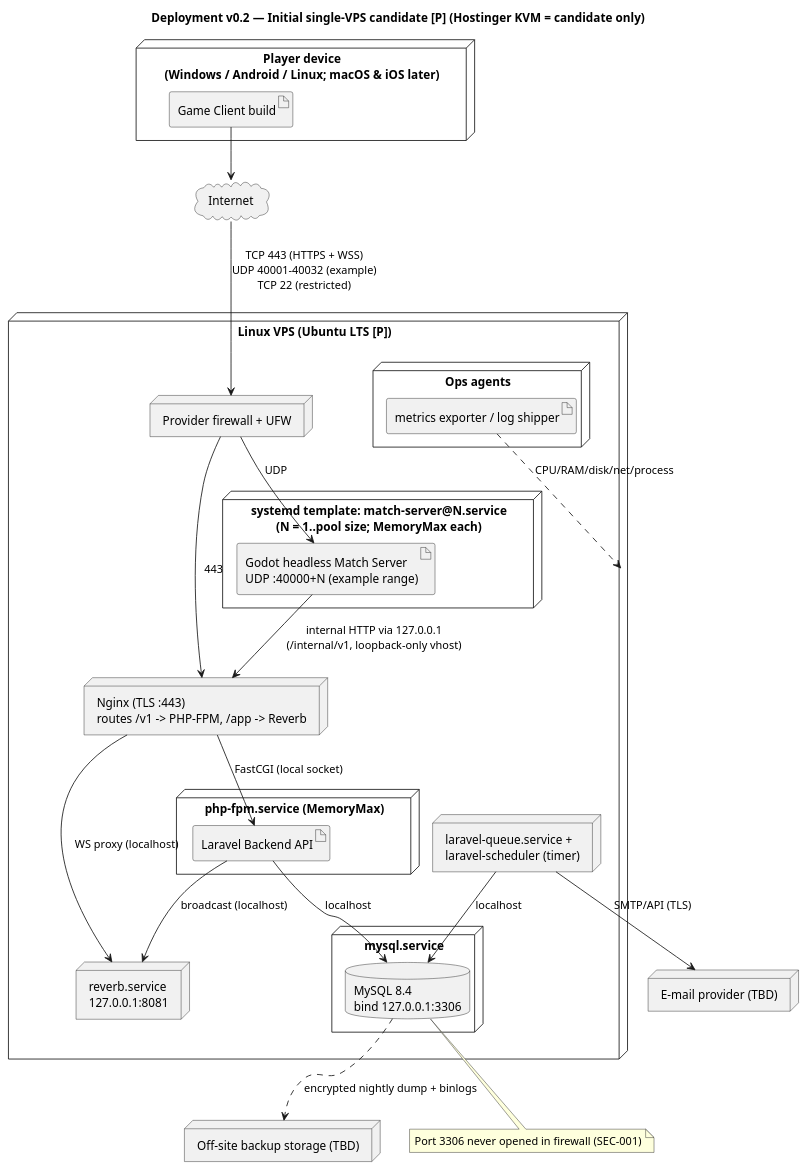
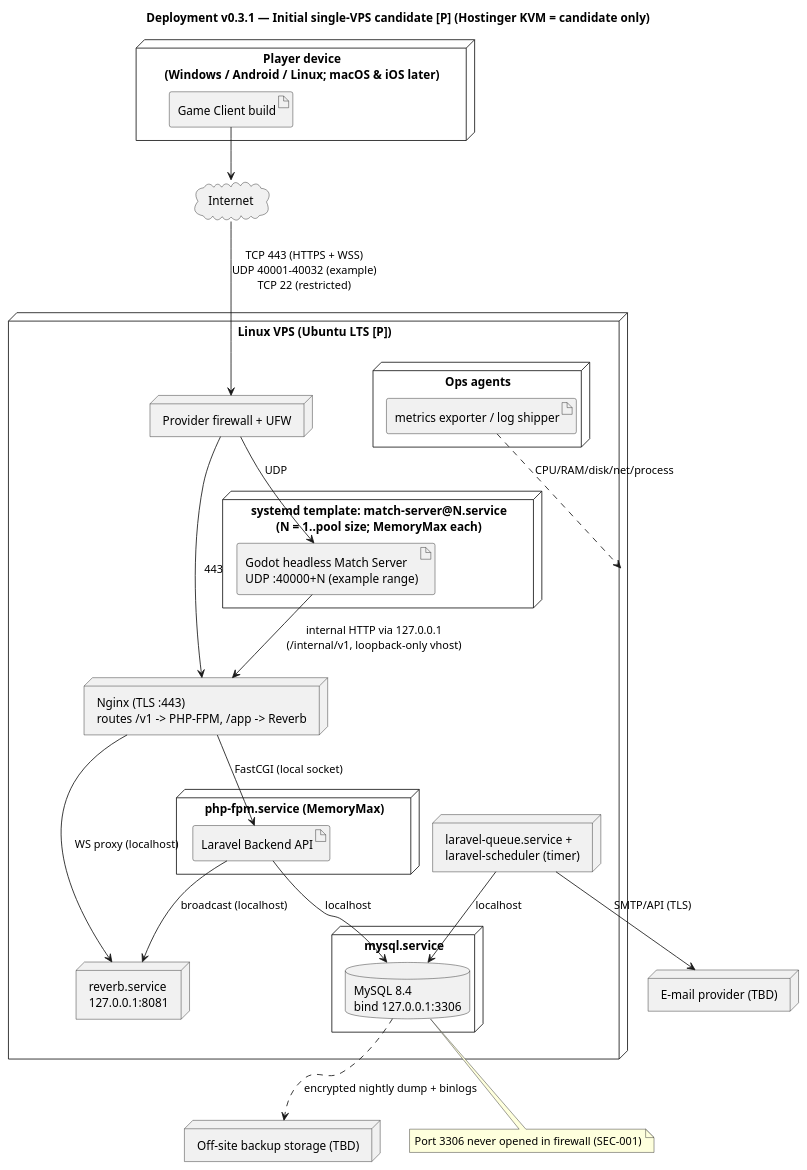
The diagram in docs/02-uml/deployment.puml (houcine212-hub/Bayblade_Sesytem), drawn with PlantUML before and after one commit. The commit also changed 55 other files, not shown here.

```diff
--- a/docs/02-uml/deployment.puml
+++ b/docs/02-uml/deployment.puml
@@ -1,42 +1,42 @@
 @startuml deployment
-title Deployment v0.2 — Initial single-VPS candidate [P] (Hostinger KVM = candidate only)
+title Deployment v0.3.1 — Initial single-VPS candidate [P] (Hostinger KVM = candidate only)
 node "Player device\n(Windows / Android / Linux; macOS & iOS later)" as DEV {
   artifact "Game Client build" as CLIENT
 }
 cloud "Internet" as NET
 node "Linux VPS (Ubuntu LTS [P])" as VPS {
   node "Provider firewall + UFW" as FW
   node "Nginx (TLS :443)\nroutes /v1 -> PHP-FPM, /app -> Reverb" as RP
   node "php-fpm.service (MemoryMax)" as FPM {
     artifact "Laravel Backend API" as API
   }
   node "reverb.service\n127.0.0.1:8081" as REV
   node "laravel-queue.service +\nlaravel-scheduler (timer)" as QW
   node "systemd template: match-server@N.service\n(N = 1..pool size; MemoryMax each)" as MSN {
     artifact "Godot headless Match Server\nUDP :40000+N (example range)" as MS
   }
   node "mysql.service" as DBN {
     database "MySQL 8.4\nbind 127.0.0.1:3306" as DB
   }
   node "Ops agents" as OPS {
     artifact "metrics exporter / log shipper" as MON
   }
 }
 node "Off-site backup storage (TBD)" as BK
 node "E-mail provider (TBD)" as MAIL
 
 CLIENT --> NET
 NET --> FW : TCP 443 (HTTPS + WSS)\nUDP 40001-40032 (example)\nTCP 22 (restricted)
 FW --> RP : 443
 RP --> API : FastCGI (local socket)
 RP --> REV : WS proxy (localhost)
 FW --> MS : UDP
 MS --> RP : internal HTTP via 127.0.0.1\n(/internal/v1, loopback-only vhost)
 API --> DB : localhost
 QW --> DB : localhost
 API --> REV : broadcast (localhost)
 QW --> MAIL : SMTP/API (TLS)
 DB ..> BK : encrypted nightly dump + binlogs
 MON ..> VPS : CPU/RAM/disk/net/process
 note bottom of DB : Port 3306 never opened in firewall (SEC-001)
 @enduml
```
